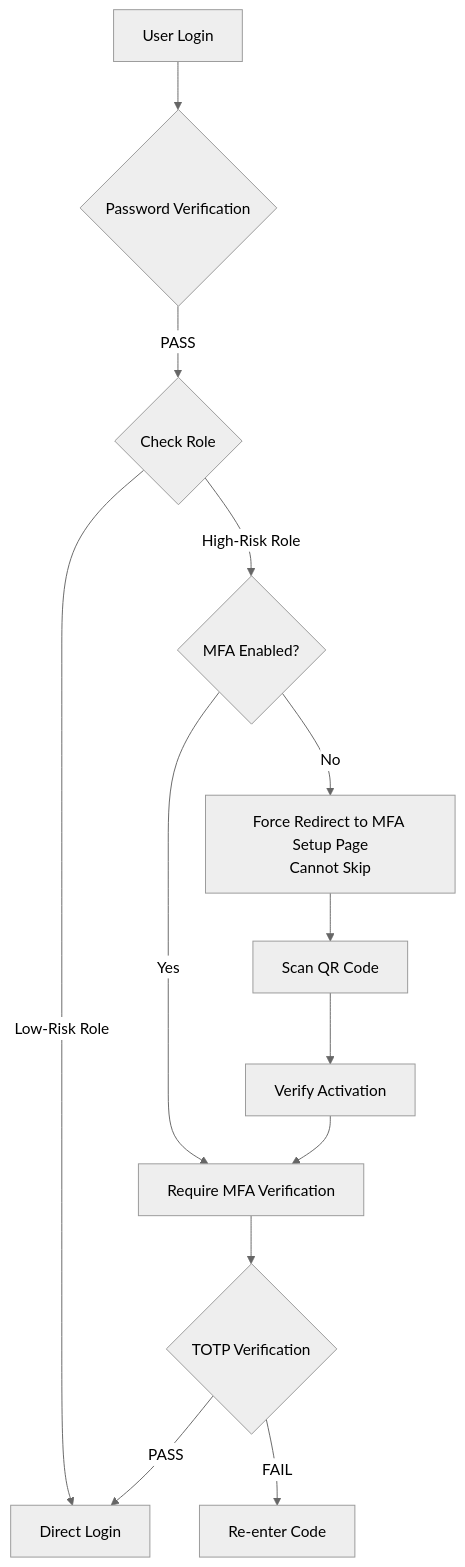
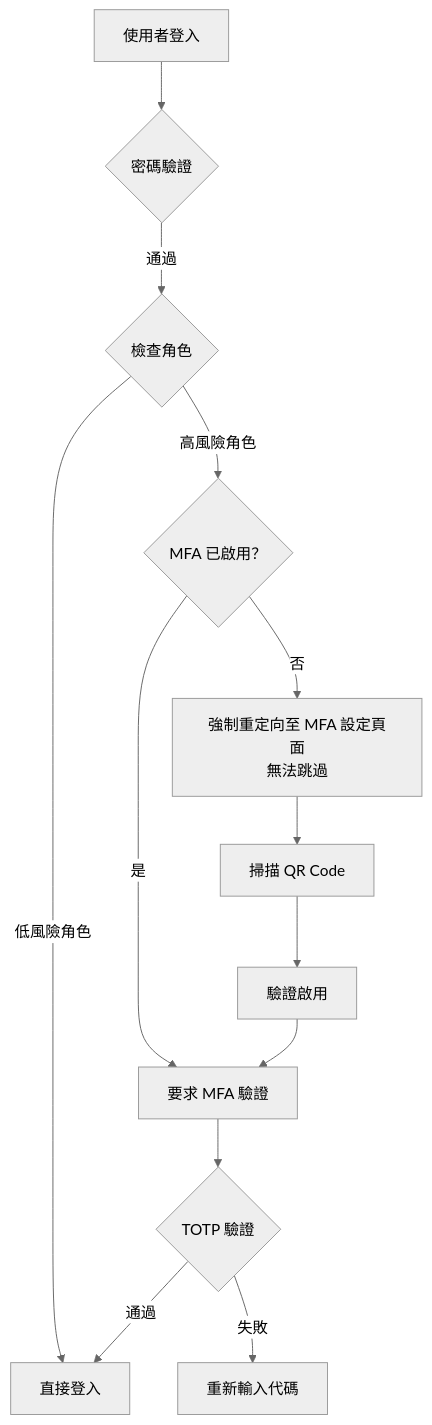
One commit to ron03wlb/smart-admin changed the third of 4 diagrams in docs/iGaming/architecture/06_Platform_Core/MFA_Compliance_Validation.md. Above: the diagram before and after it, drawn with Mermaid (neutral theme). The commit also changed other lines of this file and 4 other files, not shown here.

````diff
--- a/docs/iGaming/architecture/06_Platform_Core/MFA_Compliance_Validation.md
+++ b/docs/iGaming/architecture/06_Platform_Core/MFA_Compliance_Validation.md
@@ -411,19 +411,19 @@
 ```mermaid
 graph TD
-    A[User Login] --> B{Password Verification}
-    B -->|PASS| C{Check Role}
+    A[使用者登入] --> B{密碼驗證}
+    B -->|通過| C{檢查角色}
 
-    C -->|High-Risk Role| D{MFA Enabled?}
-    C -->|Low-Risk Role| G[Direct Login]
+    C -->|高風險角色| D{MFA 已啟用？}
+    C -->|低風險角色| G[直接登入]
 
-    D -->|Yes| E[Require MFA Verification]
-    D -->|No| F[Force Redirect to MFA Setup Page<br/>Cannot Skip]
+    D -->|是| E[要求 MFA 驗證]
+    D -->|否| F[強制重定向至 MFA 設定頁面<br/>無法跳過]
 
-    F --> H[Scan QR Code]
-    H --> I[Verify Activation]
+    F --> H[掃描 QR Code]
+    H --> I[驗證啟用]
     I --> E
 
-    E --> J{TOTP Verification}
-    J -->|PASS| G
-    J -->|FAIL| K[Re-enter Code]
+    E --> J{TOTP 驗證}
+    J -->|通過| G
+    J -->|失敗| K[重新輸入代碼]
 ```
````
